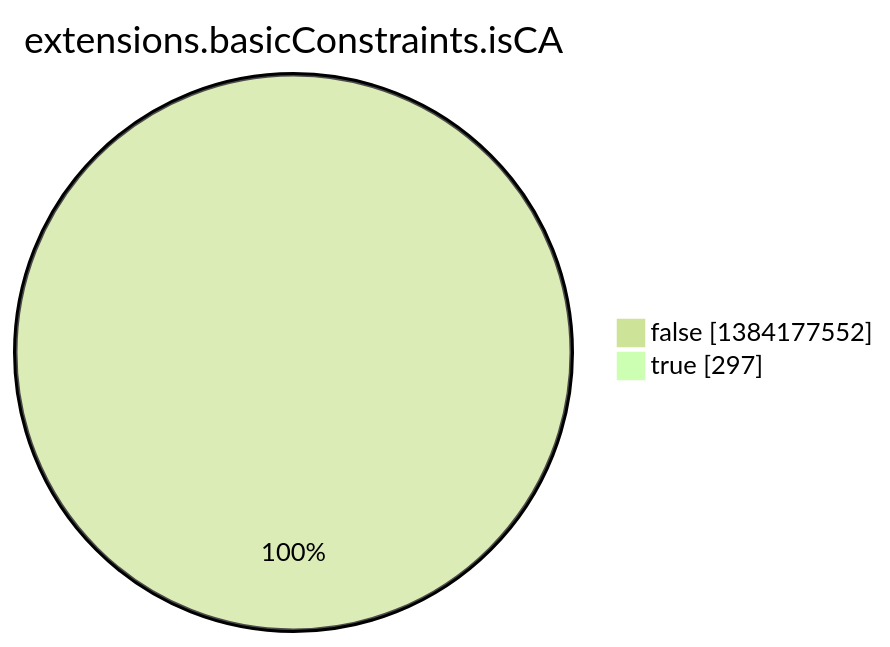
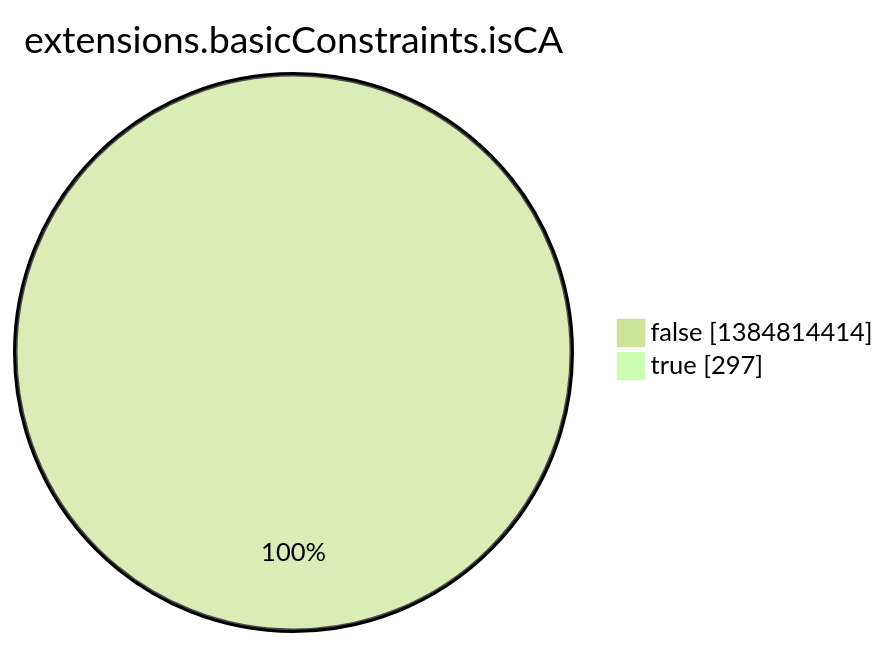
One commit to christiankrug/ctmonitor_visualization changed the eighth of 15 diagrams in argon2022/README.md. Above: the diagram before and after it, drawn with Mermaid (forest theme). The commit also changed other lines of this file, not shown here.

````diff
--- a/argon2022/README.md
+++ b/argon2022/README.md
@@ -2759,6 +2759,6 @@
 ```mermaid
 pie showData
 title extensions.basicConstraints.isCA
-"false" :1384177552
+"false" :1384814414
 "true" :297
 ```
````
